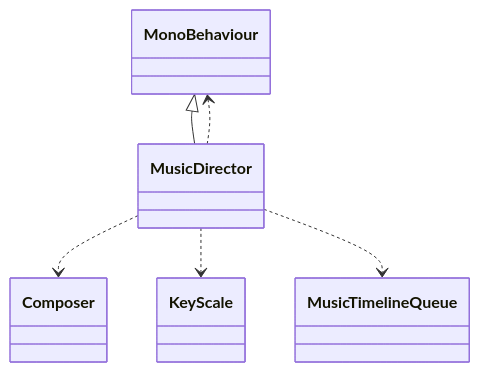
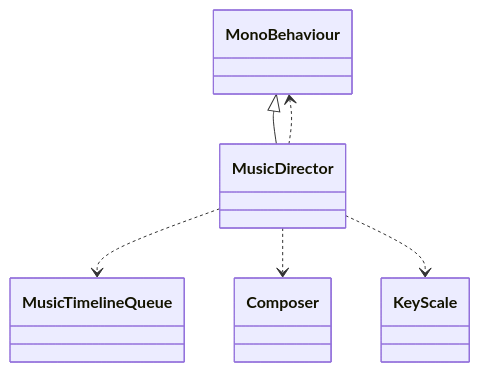
One commit to schnock-art/project_inspector changed the sixth of 39 diagrams in test/test.md. Above: the diagram before and after it, drawn with Mermaid. The commit also changed other lines of this file and 3 other files, not shown here.

````diff
--- a/test/test.md
+++ b/test/test.md
@@ -225,8 +222,8 @@
 ```mermaid
 classDiagram
 MonoBehaviour <|-- MusicDirector
+MusicDirector ..> MonoBehaviour
+MusicDirector ..> MusicTimelineQueue
 MusicDirector ..> Composer
 MusicDirector ..> KeyScale
-MusicDirector ..> MusicTimelineQueue
-MusicDirector ..> MonoBehaviour
 ```
````
